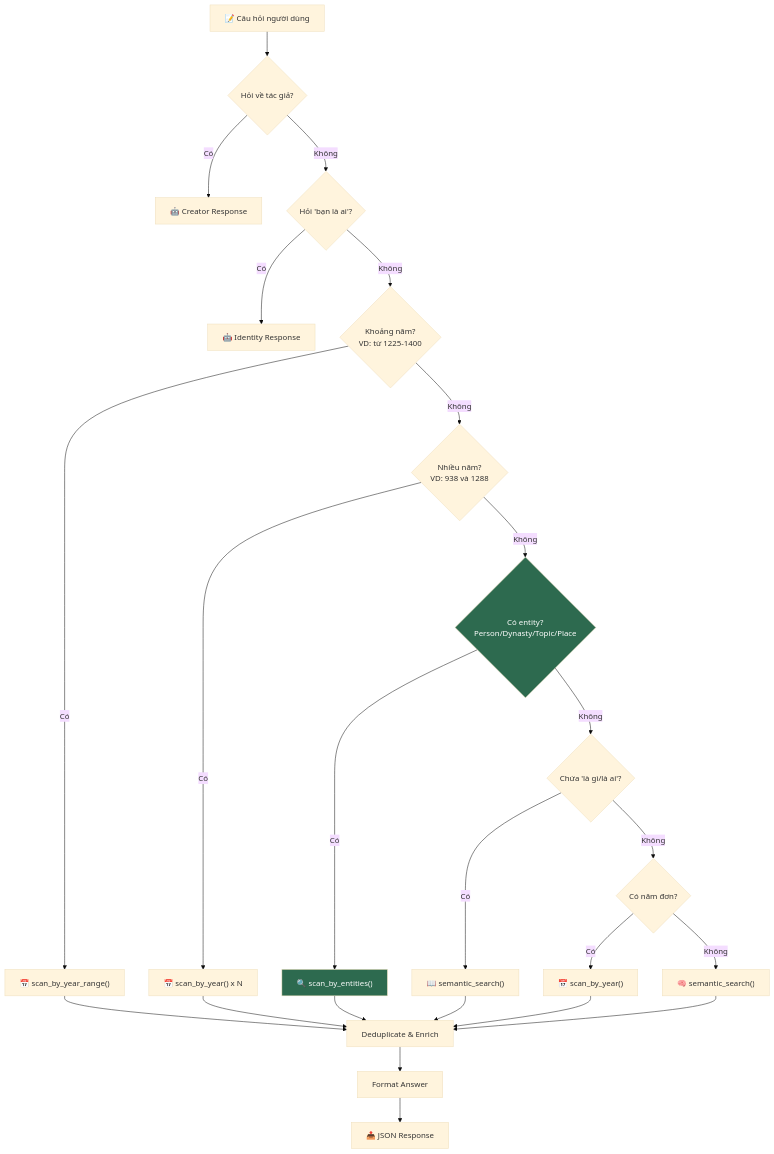
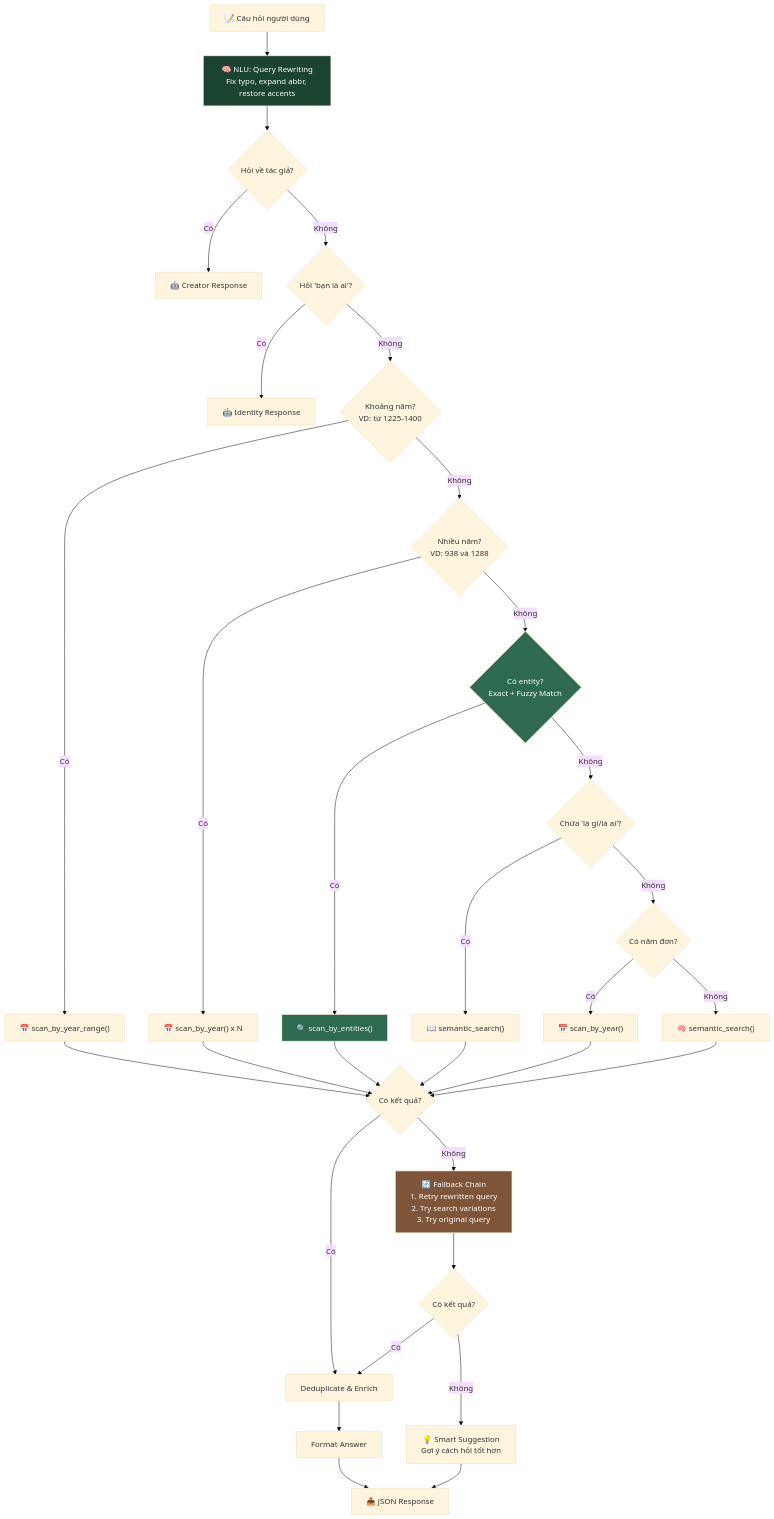
One commit to HistoryMindAI/vietnam_history_dataset changed the fourth of 6 diagrams in README.md. Above: the diagram before and after it, drawn with Mermaid (base theme). The commit also changed other lines of this file and 8 other files, not shown here.

First line of the commit message:
feat: NLU improvements - query rewriting, fuzzy matching, accent restoration, fallback chain

````diff
--- a/README.md
+++ b/README.md
@@ -150,25 +158,34 @@
 ```mermaid
 flowchart TD
-    INPUT["📝 Câu hỏi người dùng"] --> CREATOR{"Hỏi về tác giả?"}
+    INPUT["📝 Câu hỏi người dùng"] --> NLU["🧠 NLU: Query Rewriting<br/>Fix typo, expand abbr, restore accents"]
+    NLU --> CREATOR{"Hỏi về tác giả?"}
     CREATOR -- Có --> CR["🤖 Creator Response"]
     CREATOR -- Không --> IDENTITY{"Hỏi 'bạn là ai'?"}
     IDENTITY -- Có --> ID["🤖 Identity Response"]
     IDENTITY -- Không --> YEAR_RANGE{"Khoảng năm?<br/>VD: từ 1225-1400"}
     YEAR_RANGE -- Có --> YR["📅 scan_by_year_range()"]
     YEAR_RANGE -- Không --> MULTI_YEAR{"Nhiều năm?<br/>VD: 938 và 1288"}
     MULTI_YEAR -- Có --> MY["📅 scan_by_year() x N"]
-    MULTI_YEAR -- Không --> ENTITY{"Có entity?<br/>Person/Dynasty/Topic/Place"}
+    MULTI_YEAR -- Không --> ENTITY{"Có entity?<br/>Exact + Fuzzy Match"}
     ENTITY -- Có --> ME["🔍 scan_by_entities()"]
     ENTITY -- Không --> DEFINITION{"Chứa 'là gì/là ai'?"}
     DEFINITION -- Có --> DEF["📖 semantic_search()"]
     DEFINITION -- Không --> SINGLE_YEAR{"Có năm đơn?"}
     SINGLE_YEAR -- Có --> SY["📅 scan_by_year()"]
     SINGLE_YEAR -- Không --> SEM["🧠 semantic_search()"]
 
-    YR & MY & ME & DEF & SY & SEM --> DEDUP["Deduplicate & Enrich"]
+    YR & MY & ME & DEF & SY & SEM --> RESULT{"Có kết quả?"}
+    RESULT -- Có --> DEDUP["Deduplicate & Enrich"]
+    RESULT -- Không --> FALLBACK["🔄 Fallback Chain<br/>1. Retry rewritten query<br/>2. Try search variations<br/>3. Try original query"]
+    FALLBACK --> RESULT2{"Có kết quả?"}
+    RESULT2 -- Có --> DEDUP
+    RESULT2 -- Không --> SUGGEST["💡 Smart Suggestion<br/>Gợi ý cách hỏi tốt hơn"]
     DEDUP --> FORMAT["Format Answer"]
     FORMAT --> OUTPUT["📤 JSON Response"]
+    SUGGEST --> OUTPUT
 
+    style NLU fill:#1b4332,color:#fff
+    style FALLBACK fill:#7f5539,color:#fff
     style ME fill:#2d6a4f,color:#fff
     style ENTITY fill:#2d6a4f,color:#fff
 ```
````
